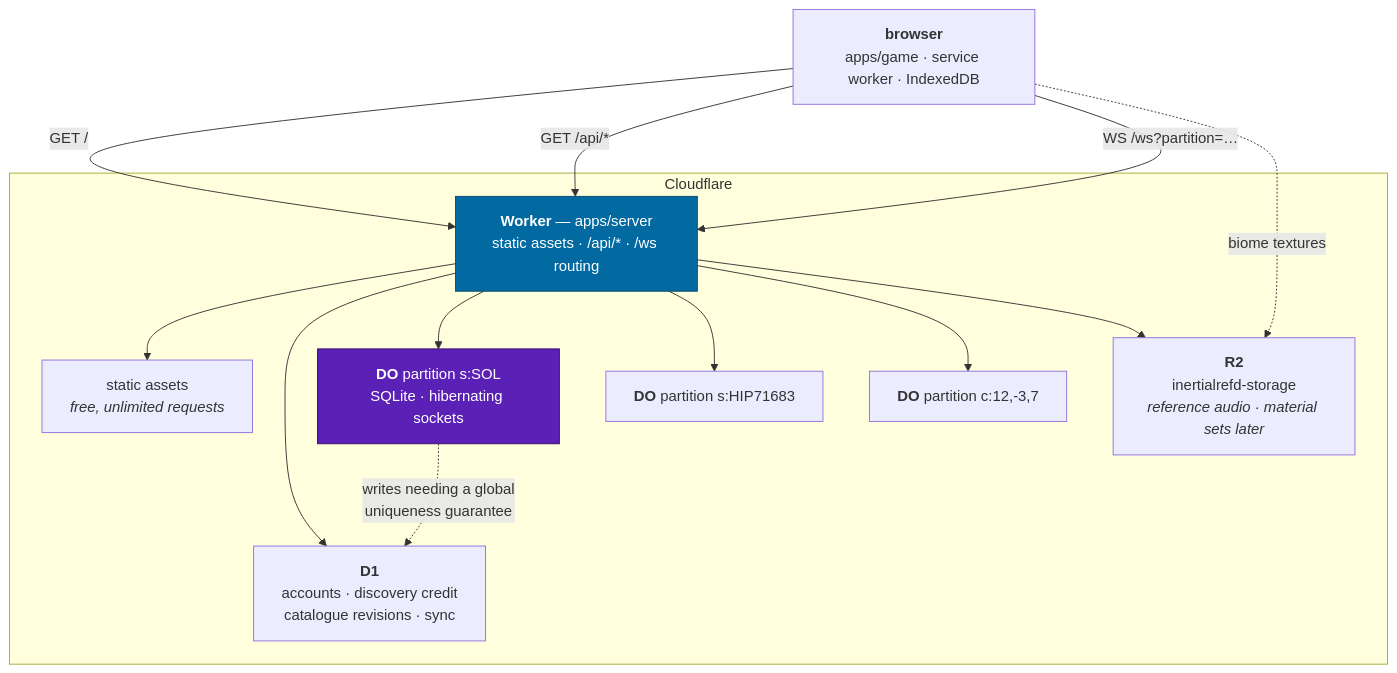
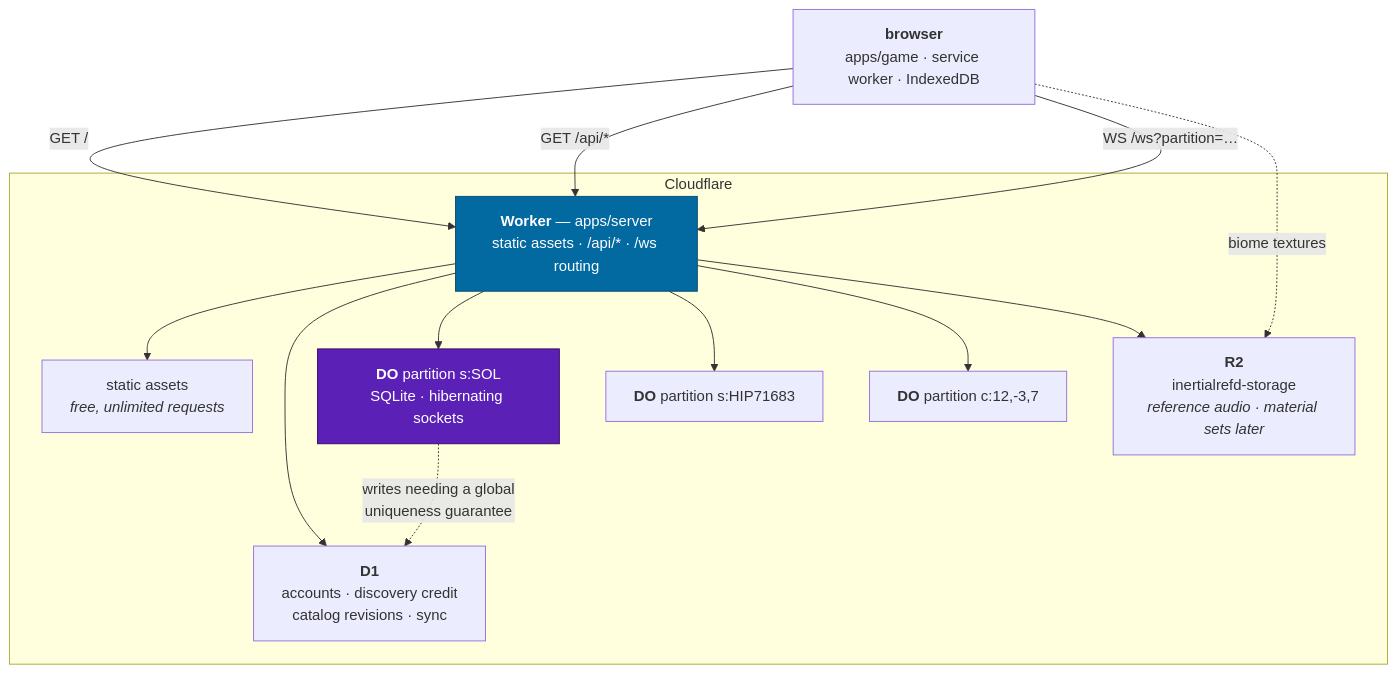
One commit to jonjaques/inertialref changed the second of 2 diagrams in docs/hosting.md. Above: the diagram before and after it, drawn with Mermaid. The commit also changed other lines of this file and 83 other files, not shown here.

````diff
--- a/docs/hosting.md
+++ b/docs/hosting.md
@@ -63,29 +63,29 @@
 ```mermaid
 flowchart TB
     B["<b>browser</b><br/>apps/game · service worker · IndexedDB"]
 
     subgraph CF["Cloudflare"]
         W["<b>Worker</b> — apps/server<br/>static assets · /api/* · /ws routing"]
         A["static assets<br/><i>free, unlimited requests</i>"]
         DO1["<b>DO</b> partition s:SOL<br/>SQLite · hibernating sockets"]
         DO2["<b>DO</b> partition s:HIP71683"]
         DO3["<b>DO</b> partition c:12,-3,7"]
-        D1["<b>D1</b><br/>accounts · discovery credit<br/>catalogue revisions · sync"]
+        D1["<b>D1</b><br/>accounts · discovery credit<br/>catalog revisions · sync"]
         R2["<b>R2</b><br/>inertialrefd-storage<br/><i>reference audio · material sets later</i>"]
     end
 
     B -->|"GET /"| W
     B -->|"GET /api/*"| W
     B -->|"WS /ws?partition=…"| W
     W --> A
     W --> D1
     W --> DO1
     W --> DO2
     W --> DO3
     DO1 -.->|"writes needing a global<br/>uniqueness guarantee"| D1
     W --> R2
     B -.->|"biome textures"| R2
 
     style W fill:#0369a1,stroke:#0c4a6e,color:#fff
     style DO1 fill:#5b21b6,stroke:#3b0764,color:#fff
 ```
````
